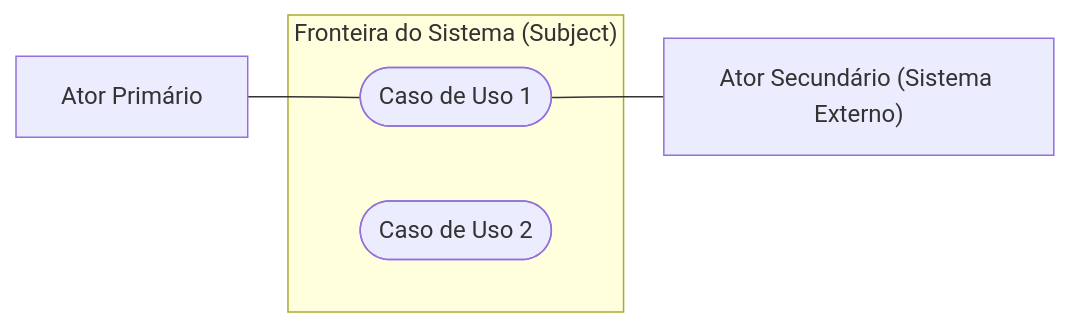
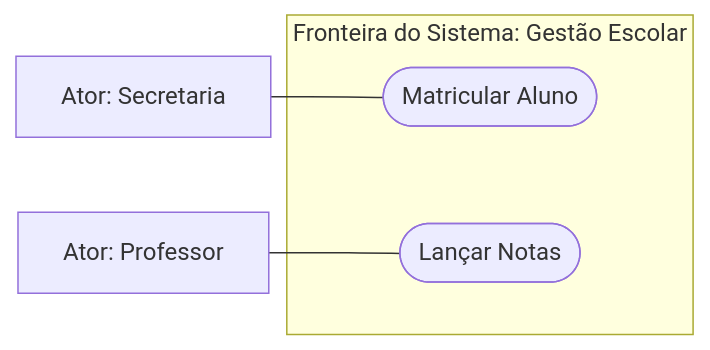
One commit to murilolol/unifef changed the ninth of 29 diagrams in 4º Semestre/[Prof. Wesley Soares] Engenharia de Software II/Resumos-IA/Simulados-Comentados.md. Above: the diagram before and after it, drawn with Mermaid. The commit also changed other lines of this file and 40 other files, not shown here.

````diff
--- a/4º Semestre/[Prof. Wesley Soares] Engenharia de Software II/Resumos-IA/Simulados-Comentados.md
+++ b/4º Semestre/[Prof. Wesley Soares] Engenharia de Software II/Resumos-IA/Simulados-Comentados.md
@@ -575,10 +355,9 @@
 ```mermaid
 flowchart LR
- subgraph FronteiraDoSistema["Fronteira do Sistema (Subject)"]
- UC1(["Caso de Uso 1"])
- UC2(["Caso de Uso 2"])
+ subgraph Fronteira["Fronteira do Sistema: Gestão Escolar"]
+ UC1(["Matricular Aluno"])
+ UC2(["Lançar Notas"])
  end
-
- AtorPrimario["Ator Primário"] --- UC1
- UC1 --- AtorSecundario["Ator Secundário (Sistema Externo)"]
+ Ator1["Ator: Secretaria"] --- UC1
+ Ator2["Ator: Professor"] --- UC2
 ```
````
